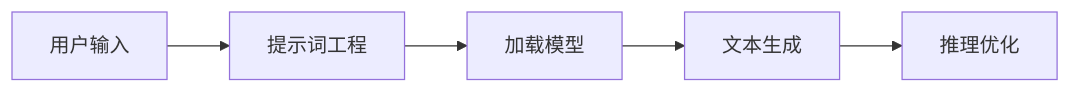
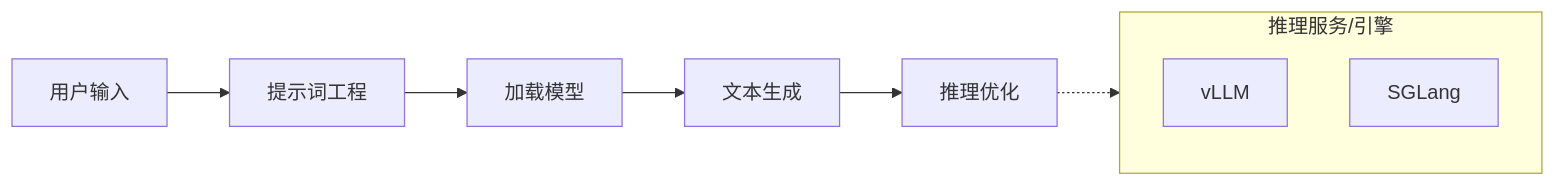
The third of 6 diagrams in docs/AI/llm_graph.md (cruldra/notes3), drawn with Mermaid before and after one commit. The commit also changed other lines of this file and 23 other files, not shown here.

````diff
--- a/docs/AI/llm_graph.md
+++ b/docs/AI/llm_graph.md
@@ -54,7 +54,14 @@
 ```mermaid
 graph LR
     User[用户输入] --> PromptEng[提示词工程]
     PromptEng --> Model[加载模型]
     Model --> Generation[文本生成]
     Generation --> Optimization[推理优化]
+    
+    subgraph Serving [推理服务/引擎]
+        vLLM
+        SGLang
+    end
+    
+    Optimization -.-> Serving
 ```
````
